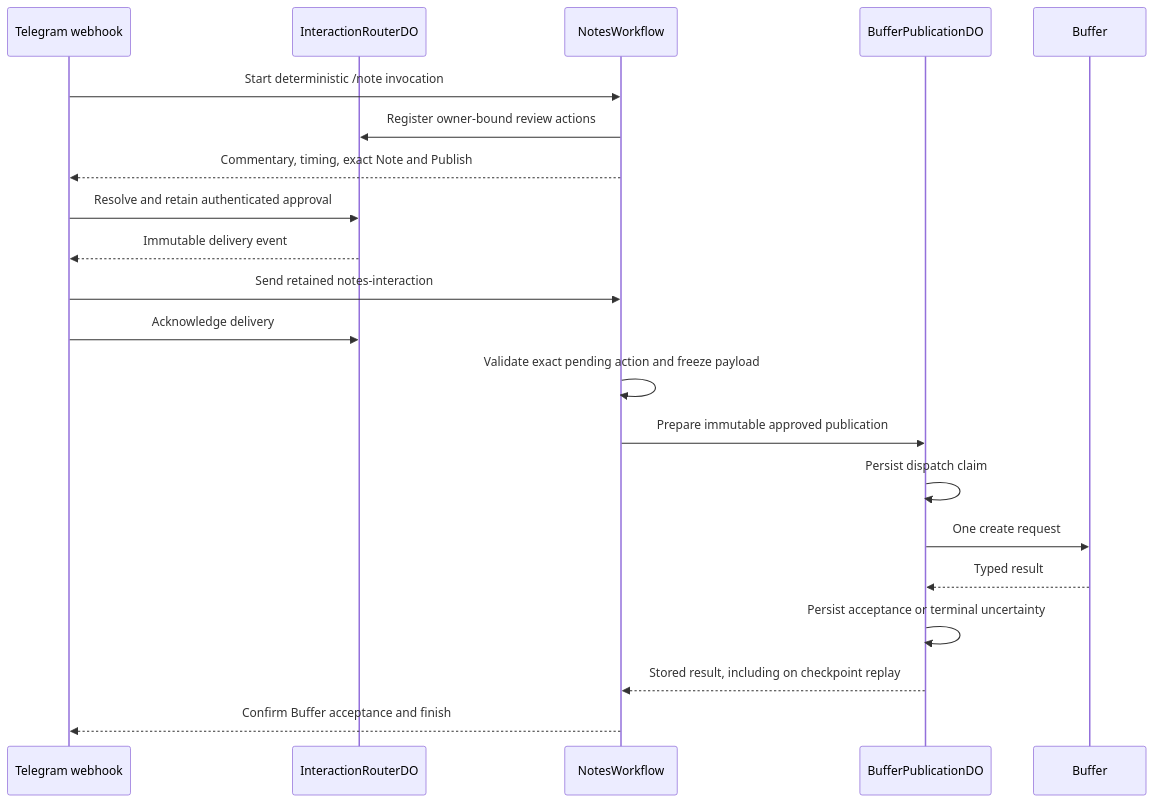
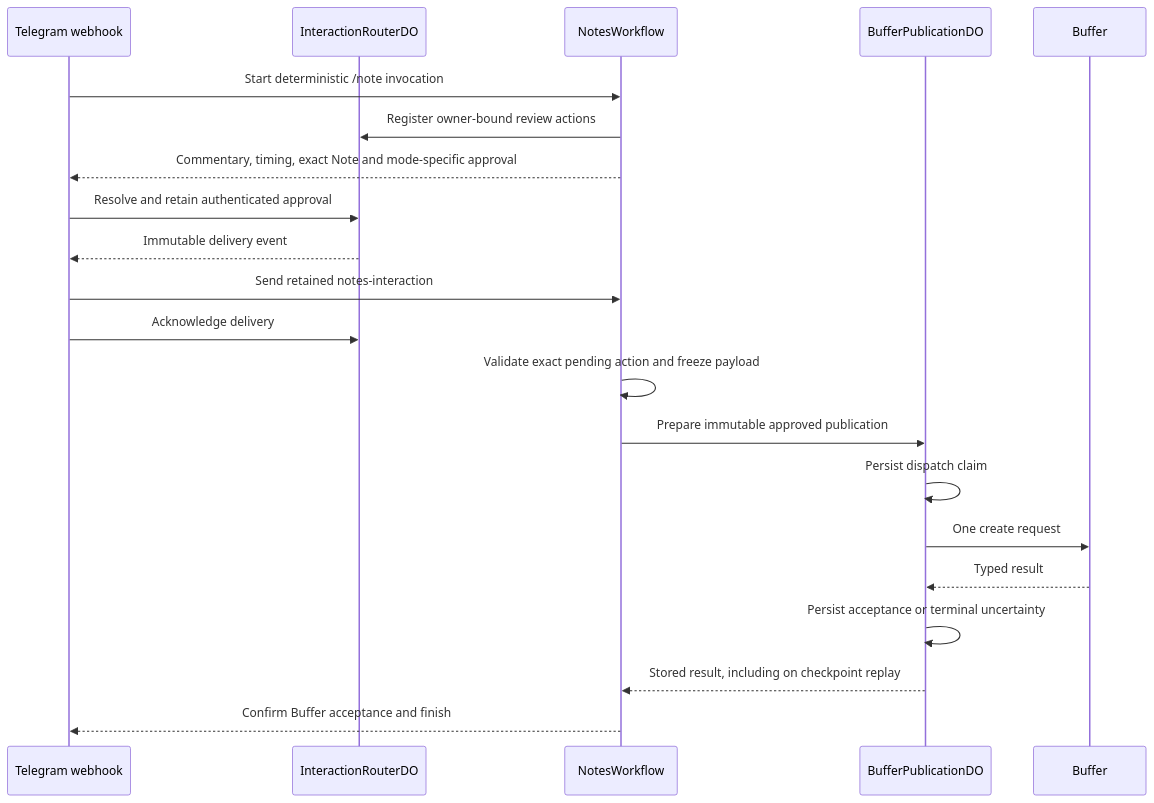
Before and after one commit to satwikhebbar/kipp: the first of 8 diagrams in docs/architecture/request-flows.md, drawn with Mermaid. The commit also changed other lines of this file and 13 other files, not shown here.

````diff
--- a/docs/architecture/request-flows.md
+++ b/docs/architecture/request-flows.md
@@ -26,23 +26,23 @@
 ```mermaid
 sequenceDiagram
   participant T as Telegram webhook
   participant R as InteractionRouterDO
   participant W as NotesWorkflow
   participant P as BufferPublicationDO
   participant B as Buffer
   T->>W: Start deterministic /note invocation
   W->>R: Register owner-bound review actions
-  W-->>T: Commentary, timing, exact Note and Publish
+  W-->>T: Commentary, timing, exact Note and mode-specific approval
   T->>R: Resolve and retain authenticated approval
   R-->>T: Immutable delivery event
   T->>W: Send retained notes-interaction
   T->>R: Acknowledge delivery
   W->>W: Validate exact pending action and freeze payload
   W->>P: Prepare immutable approved publication
   P->>P: Persist dispatch claim
   P->>B: One create request
   B-->>P: Typed result
   P->>P: Persist acceptance or terminal uncertainty
   P-->>W: Stored result, including on checkpoint replay
   W-->>T: Confirm Buffer acceptance and finish
 ```
````
